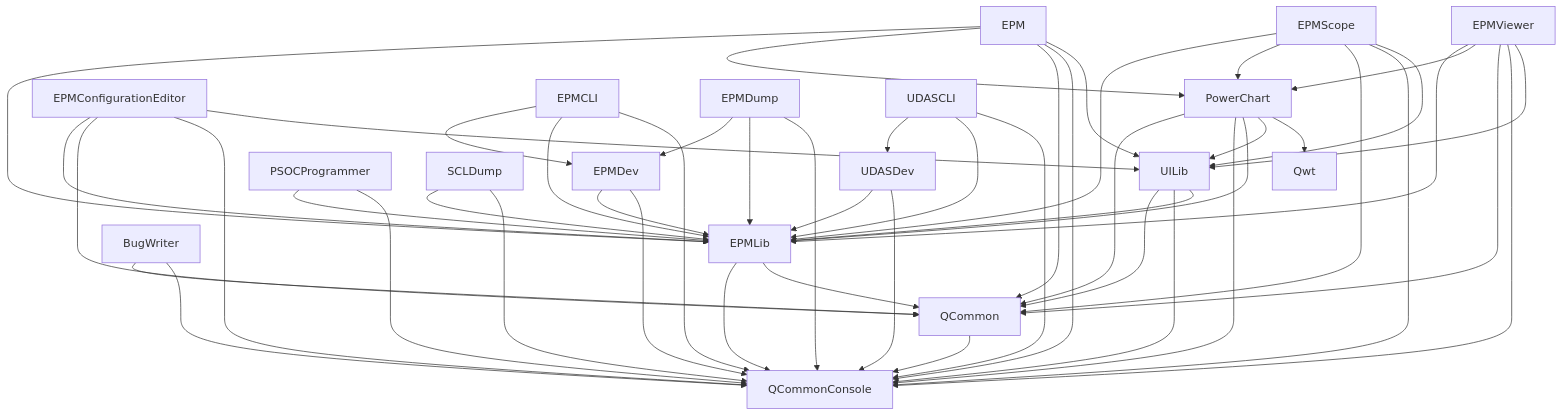
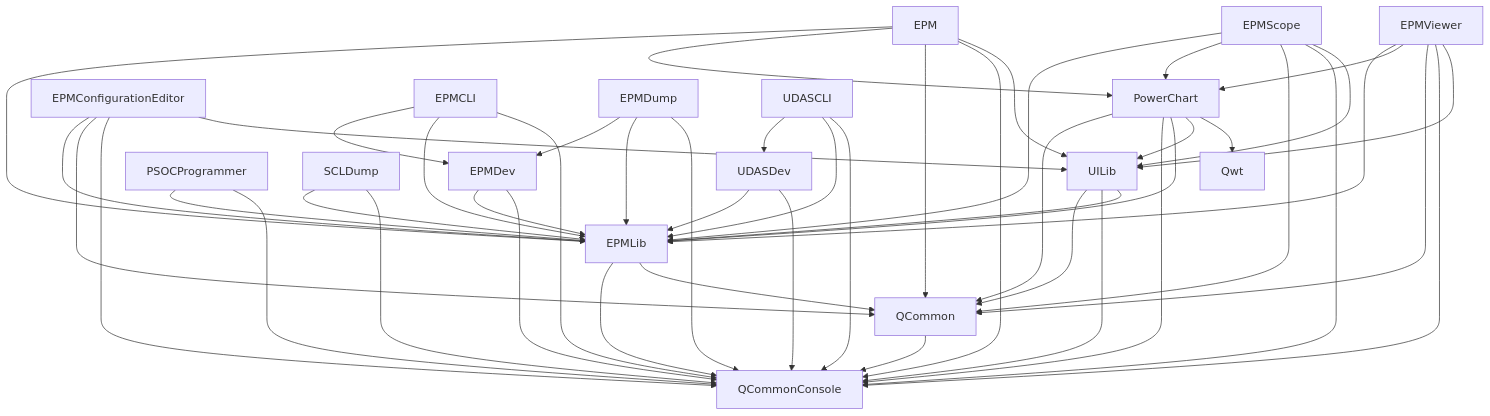
One commit to qualcomm/qcom-embedded-power-measurement changed the diagram in README.md. Above: the diagram before and after it, drawn with Mermaid. The commit also changed other lines of this file and 30 other files, not shown here.

First line of the commit message:
[1789] [1752] Show Submit Bug Report only when BugWriter is installed

````diff
--- a/README.md
+++ b/README.md
@@ -168,71 +169,68 @@
 ```mermaid
 graph TD
     %% Base Libraries
     QCommonConsole[QCommonConsole]
     QCommon[QCommon] --> QCommonConsole
     EPMLib[EPMLib] --> QCommonConsole
     EPMLib --> QCommon
     
     %% Intermediate Libraries
     UILib[UILib] --> QCommon
     UILib --> QCommonConsole
     UILib --> EPMLib
     
     PowerChart[PowerChart] --> QCommon
     PowerChart --> QCommonConsole
     PowerChart --> EPMLib
     PowerChart --> UILib
     PowerChart --> Qwt[Qwt]
     
     %% Interfaces
     EPMDev[EPMDev] --> EPMLib
     EPMDev --> QCommonConsole
     
     UDASDev[UDASDev] --> EPMLib
     UDASDev --> QCommonConsole
     
     %% Applications
-    BugWriter[BugWriter] --> QCommon
-    BugWriter --> QCommonConsole
-    
     EPM[EPM] --> EPMLib
     EPM --> PowerChart
     EPM --> QCommon
     EPM --> QCommonConsole
     EPM --> UILib
     
     EPMConfigurationEditor[EPMConfigurationEditor] --> EPMLib
     EPMConfigurationEditor --> QCommon
     EPMConfigurationEditor --> QCommonConsole
     EPMConfigurationEditor --> UILib
     
     EPMCLI[EPMCLI] --> EPMDev
     EPMCLI --> EPMLib
     EPMCLI --> QCommonConsole
     
     EPMDump[EPMDump] --> EPMDev
     EPMDump --> EPMLib
     EPMDump --> QCommonConsole
     
     EPMScope[EPMScope] --> EPMLib
     EPMScope --> PowerChart
     EPMScope --> QCommon
     EPMScope --> QCommonConsole
     EPMScope --> UILib
     
     EPMViewer[EPMViewer] --> EPMLib
     EPMViewer --> PowerChart
     EPMViewer --> QCommon
     EPMViewer --> QCommonConsole
     EPMViewer --> UILib
     
     PSOCProgrammer[PSOCProgrammer] --> EPMLib
     PSOCProgrammer --> QCommonConsole
     
     SCLDump[SCLDump] --> EPMLib
     SCLDump --> QCommonConsole
     
     UDASCLI[UDASCLI] --> UDASDev
     UDASCLI --> EPMLib
     UDASCLI --> QCommonConsole
 ```
````
